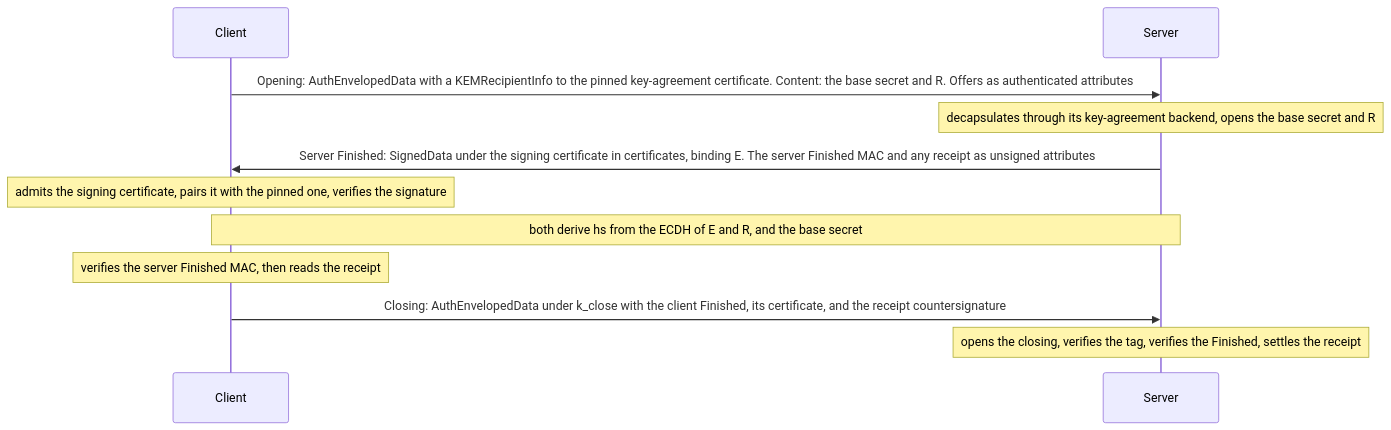
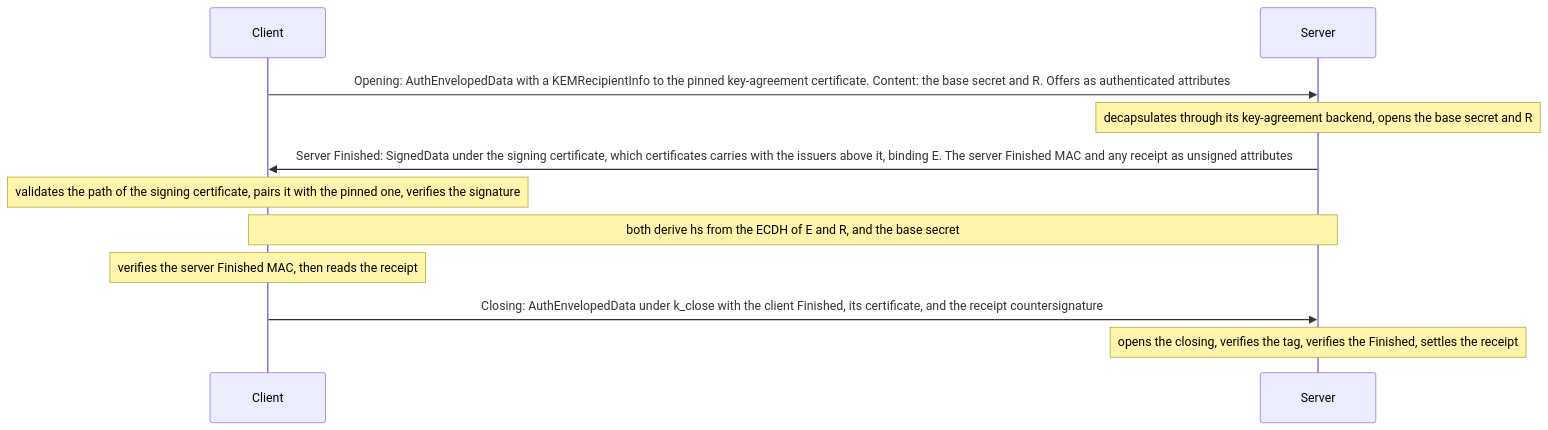
The second of 5 diagrams in docs/handshake.md (wahidgroup/tightbeam), drawn with Mermaid before and after one commit. The commit also changed other lines of this file and 112 other files, not shown here.

````diff
--- a/docs/handshake.md
+++ b/docs/handshake.md
@@ -57,13 +57,13 @@
 ```mermaid
 sequenceDiagram
     participant C as Client
     participant S as Server
     C->>S: Opening: AuthEnvelopedData with a KEMRecipientInfo to the pinned key-agreement certificate. Content: the base secret and R. Offers as authenticated attributes
     Note over S: decapsulates through its key-agreement backend, opens the base secret and R
-    S->>C: Server Finished: SignedData under the signing certificate in certificates, binding E. The server Finished MAC and any receipt as unsigned attributes
-    Note over C: admits the signing certificate, pairs it with the pinned one, verifies the signature
+    S->>C: Server Finished: SignedData under the signing certificate, which certificates carries with the issuers above it, binding E. The server Finished MAC and any receipt as unsigned attributes
+    Note over C: validates the path of the signing certificate, pairs it with the pinned one, verifies the signature
     Note over C,S: both derive hs from the ECDH of E and R, and the base secret
     Note over C: verifies the server Finished MAC, then reads the receipt
     C->>S: Closing: AuthEnvelopedData under k_close with the client Finished, its certificate, and the receipt countersignature
     Note over S: opens the closing, verifies the tag, verifies the Finished, settles the receipt
 ```
````
